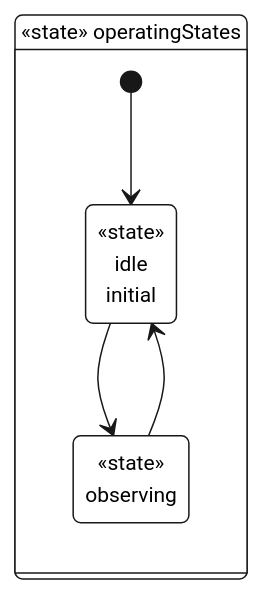
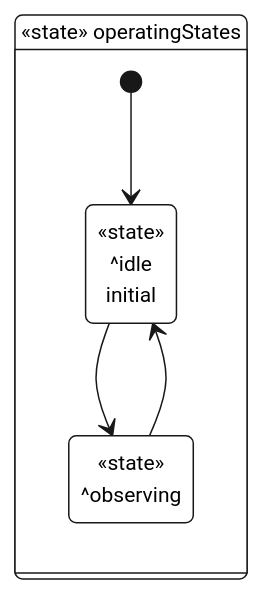
One commit to Open-MBEE/OpenSysML changed the second of 2 diagrams in internal/doc/docrender/testdata/telescope_report.golden.md. Above: the diagram before and after it, drawn with Mermaid. The commit also changed 17 other files, not shown here.

````diff
--- a/internal/doc/docrender/testdata/telescope_report.golden.md
+++ b/internal/doc/docrender/testdata/telescope_report.golden.md
@@ -126,42 +126,42 @@
 ```mermaid
 ---
 config:
   fontFamily: "Helvetica, Arial, sans-serif"
   theme: base
   themeVariables:
     fontFamily: "Helvetica, Arial, sans-serif"
     fontSize: "14px"
     primaryColor: "#FFFFFF"
     secondaryColor: "#FFFFFF"
     tertiaryColor: "#FFFFFF"
     background: "#FFFFFF"
     primaryBorderColor: "#181818"
     primaryTextColor: "#000000"
     lineColor: "#181818"
     textColor: "#000000"
     noteBkgColor: "#FEFFDD"
     noteBorderColor: "#181818"
     noteTextColor: "#000000"
     stateBkg: "#FFFFFF"
     stateBorder: "#181818"
     stateLabelColor: "#000000"
     compositeBackground: "#FFFFFF"
     compositeBorder: "#181818"
     compositeTitleBackground: "#FFFFFF"
     compositeTitleBorder: "#181818"
     transitionColor: "#181818"
     transitionLabelColor: "#000000"
     labelBackgroundColor: "#FFFFFF"
     specialStateColor: "#181818"
 ---
 %% state rendering (the diagram states kind "state")
 stateDiagram-v2
   direction LR
   state "«state» operatingStates" as n0 {
-    state "«state»<br>idle<br>initial" as n1
-    state "«state»<br>observing" as n2
+    state "«state»<br>^idle<br>initial" as n1
+    state "«state»<br>^observing" as n2
     [*] --> n1
   }
   n1 --> n2
   n2 --> n1
 ```
````
